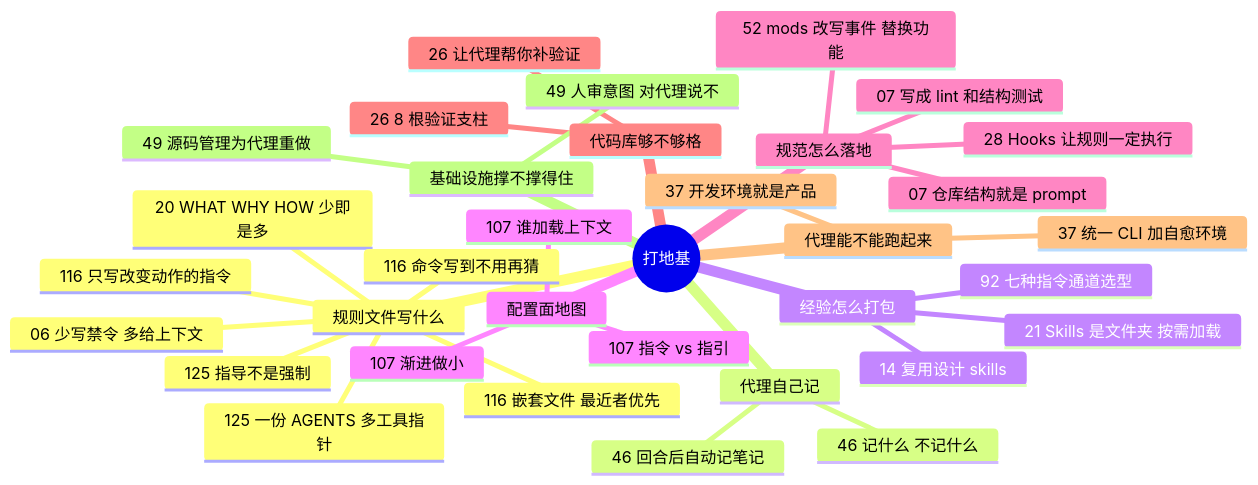
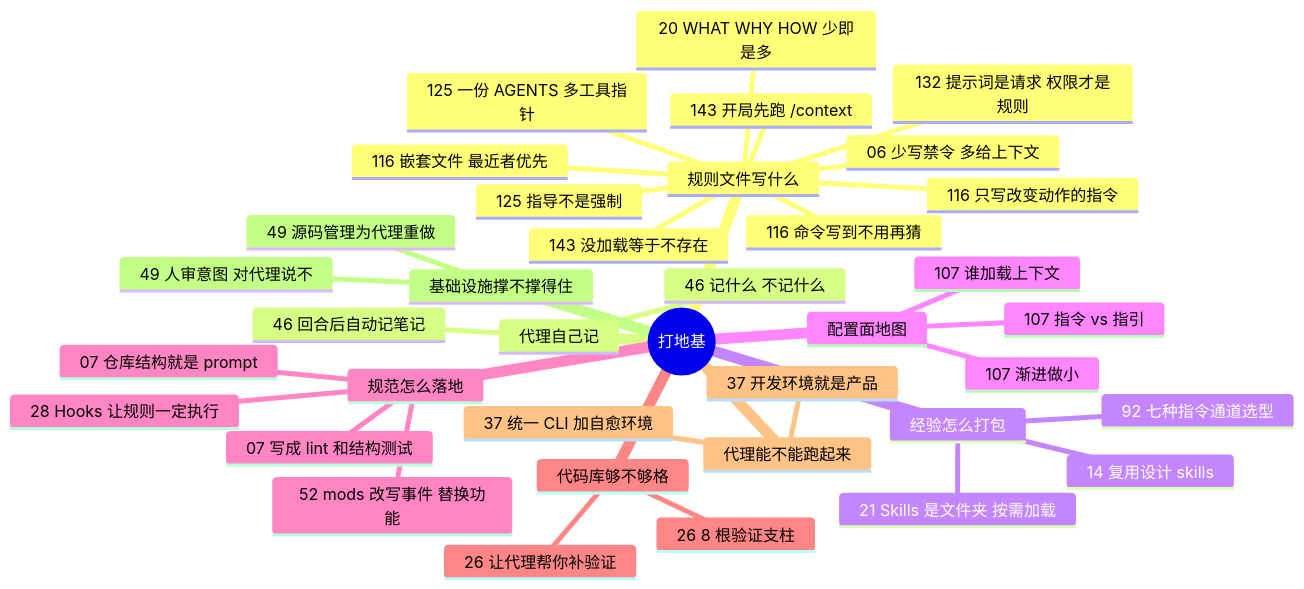
One commit to yzw7489757/ai-coding-videos changed the diagram in docs/guide/foundation.md. Above: the diagram before and after it, drawn with Mermaid. The commit also changed other lines of this file and 16 other files, not shown here.

````diff
--- a/docs/guide/foundation.md
+++ b/docs/guide/foundation.md
@@ -13,37 +13,40 @@
 ```mermaid
 mindmap
   root((打地基))
     规则文件写什么
       20 WHAT WHY HOW 少即是多
       06 少写禁令 多给上下文
+      143 开局先跑 /context
+      143 没加载等于不存在
       125 一份 AGENTS 多工具指针
       125 指导不是强制
       116 只写改变动作的指令
       116 命令写到不用再猜
       116 嵌套文件 最近者优先
+      132 提示词是请求 权限才是规则
     代理自己记
       46 回合后自动记笔记
       46 记什么 不记什么
     经验怎么打包
       21 Skills 是文件夹 按需加载
       14 复用设计 skills
       92 七种指令通道选型
     配置面地图
       107 指令 vs 指引
       107 谁加载上下文
       107 渐进做小
     规范怎么落地
       07 写成 lint 和结构测试
       07 仓库结构就是 prompt
       28 Hooks 让规则一定执行
       52 mods 改写事件 替换功能
     代码库够不够格
       26 8 根验证支柱
       26 让代理帮你补验证
     代理能不能跑起来
       37 开发环境就是产品
       37 统一 CLI 加自愈环境
     基础设施撑不撑得住
       49 源码管理为代理重做
       49 人审意图 对代理说不
 ```
````
